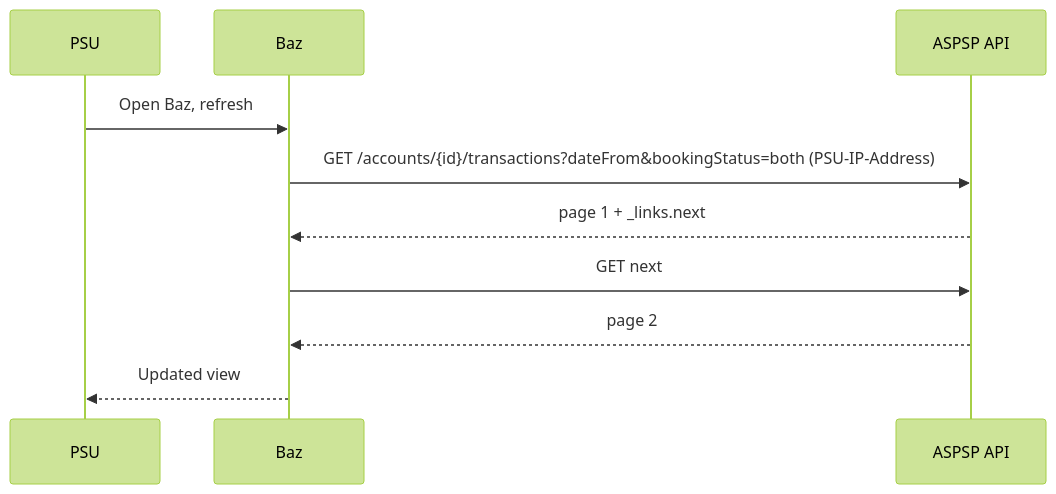
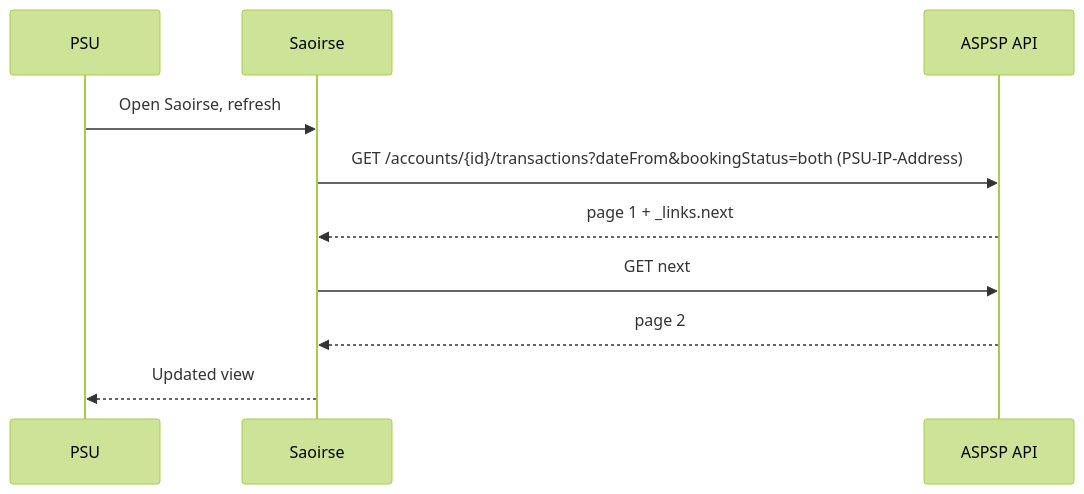
The second of 7 diagrams in src/content/docs/open-banking/roadmap.md (chris-88/saoi-docs), drawn with Mermaid (forest theme) before and after one commit. The commit also changed other lines of this file and 8 other files, not shown here.

````diff
--- a/src/content/docs/open-banking/roadmap.md
+++ b/src/content/docs/open-banking/roadmap.md
@@ -57,12 +57,12 @@
 ```mermaid
 sequenceDiagram
   participant P as PSU
-  participant B as Baz
+  participant B as Saoirse
   participant A as ASPSP API
-  P->>B: Open Baz, refresh
+  P->>B: Open Saoirse, refresh
   B->>A: GET /accounts/{id}/transactions?dateFrom&bookingStatus=both (PSU-IP-Address)
   A-->>B: page 1 + _links.next
   B->>A: GET next
   A-->>B: page 2
   B-->>P: Updated view
 ```
````
